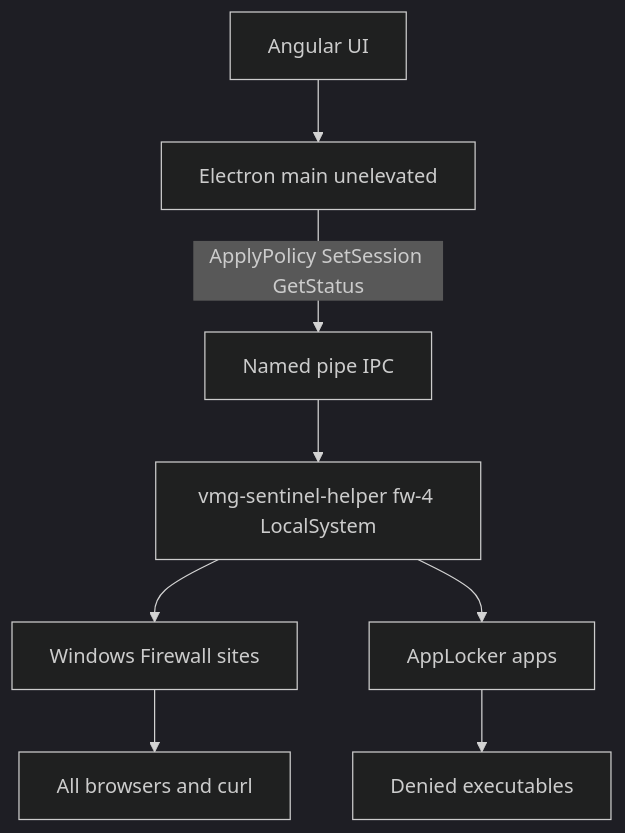
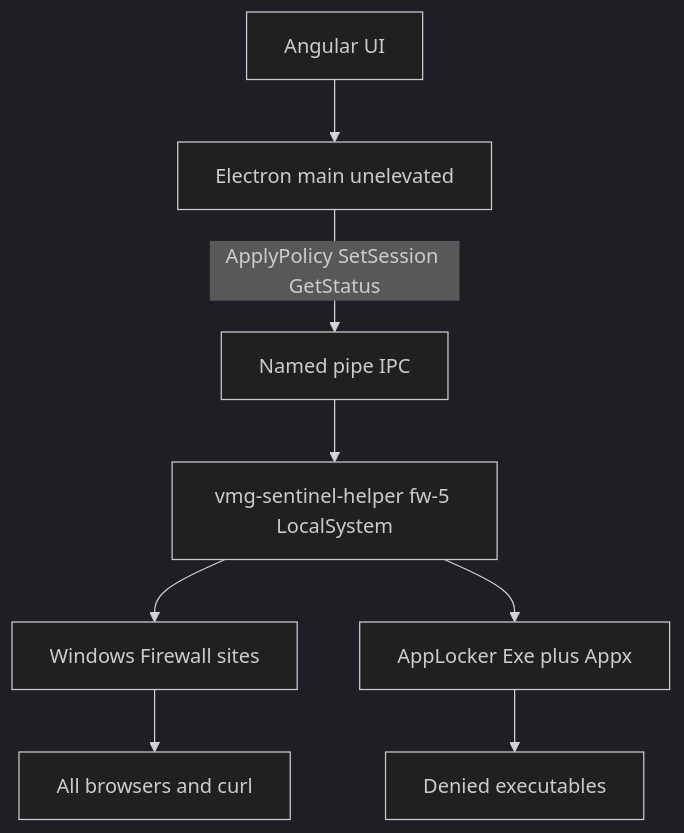
The diagram in docs/work-session-blocking-full-documentation.md (renzodrummer/vmg-sentinel), drawn with Mermaid (dark theme) before and after one commit. The commit also changed other lines of this file and 10 other files, not shown here.

````diff
--- a/docs/work-session-blocking-full-documentation.md
+++ b/docs/work-session-blocking-full-documentation.md
@@ -136,19 +137,19 @@
 ```mermaid
 flowchart TB
   UI[Angular UI]
   Main[Electron main unelevated]
   Pipe[Named pipe IPC]
-  Helper[vmg-sentinel-helper fw-4 LocalSystem]
+  Helper[vmg-sentinel-helper fw-5 LocalSystem]
   FW[Windows Firewall sites]
-  AL[AppLocker apps]
+  AL[AppLocker Exe plus Appx]
   Net[All browsers and curl]
   Exe[Denied executables]
 
   UI --> Main
   Main -->|ApplyPolicy SetSession GetStatus| Pipe
   Pipe --> Helper
   Helper --> FW
   Helper --> AL
   FW --> Net
   AL --> Exe
 ```
````
